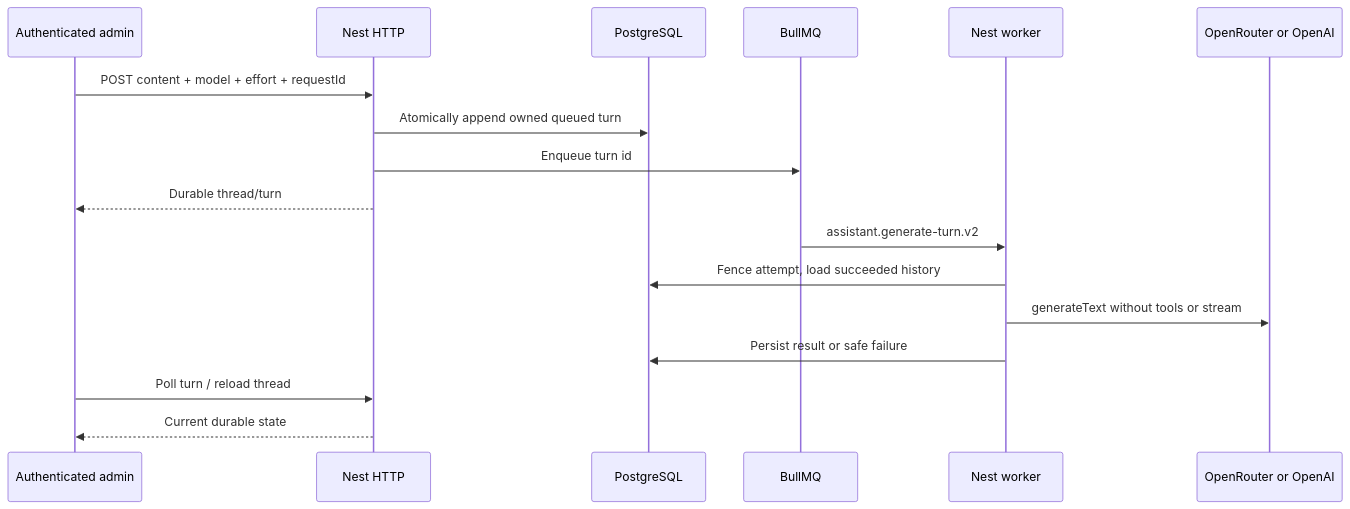
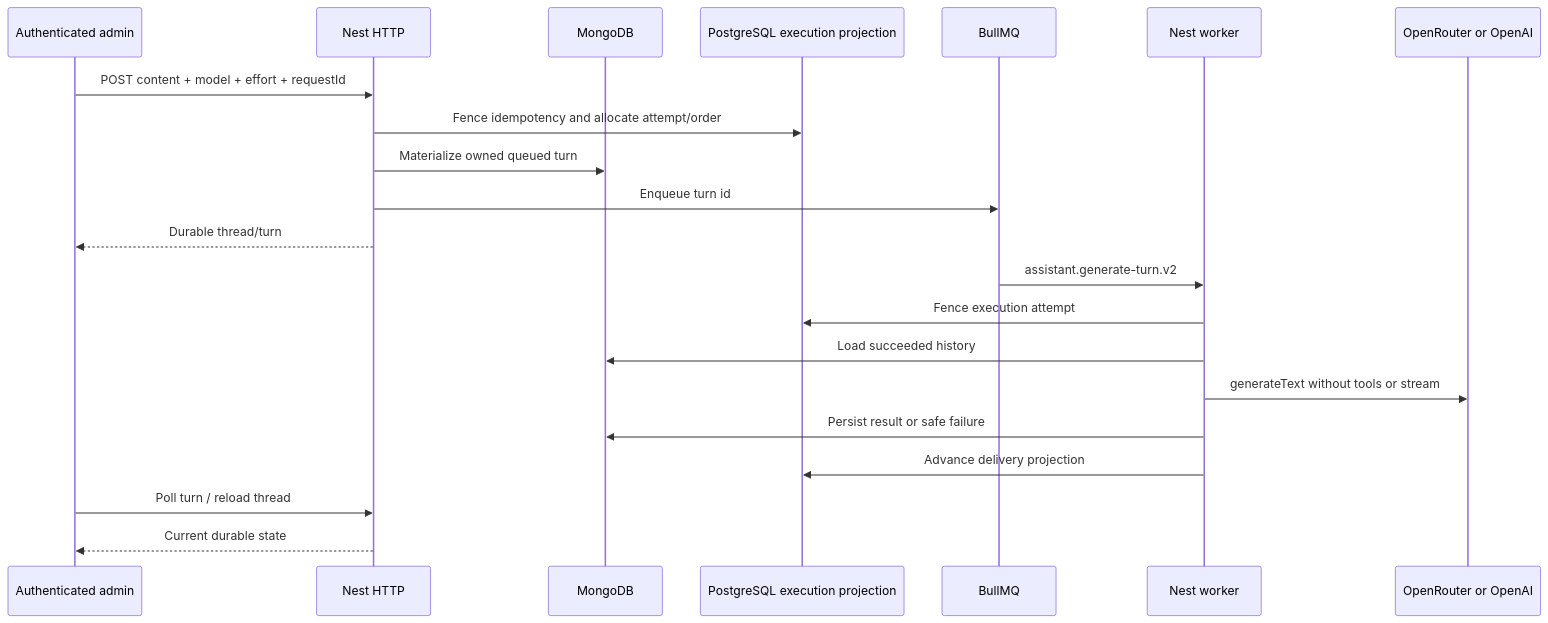
One commit to johnakisk0700/slopform changed the diagram in docs/backend/modules/assistant.md. Above: the diagram before and after it, drawn with Mermaid. The commit also changed other lines of this file and 68 other files, not shown here.

First line of the commit message:
feat: persist conversation threads in MongoDB

````diff
--- a/docs/backend/modules/assistant.md
+++ b/docs/backend/modules/assistant.md
@@ -80,20 +84,24 @@
 ```mermaid
 sequenceDiagram
   participant Admin as Authenticated admin
   participant API as Nest HTTP
-  participant DB as PostgreSQL
+  participant Mongo as MongoDB
+  participant DB as PostgreSQL execution projection
   participant Queue as BullMQ
   participant Worker as Nest worker
   participant Model as OpenRouter or OpenAI
 
   Admin->>API: POST content + model + effort + requestId
-  API->>DB: Atomically append owned queued turn
+  API->>DB: Fence idempotency and allocate attempt/order
+  API->>Mongo: Materialize owned queued turn
   API->>Queue: Enqueue turn id
   API-->>Admin: Durable thread/turn
   Queue->>Worker: assistant.generate-turn.v2
-  Worker->>DB: Fence attempt, load succeeded history
+  Worker->>DB: Fence execution attempt
+  Worker->>Mongo: Load succeeded history
   Worker->>Model: generateText without tools or stream
-  Worker->>DB: Persist result or safe failure
+  Worker->>Mongo: Persist result or safe failure
+  Worker->>DB: Advance delivery projection
   Admin->>API: Poll turn / reload thread
   API-->>Admin: Current durable state
 ```
````
